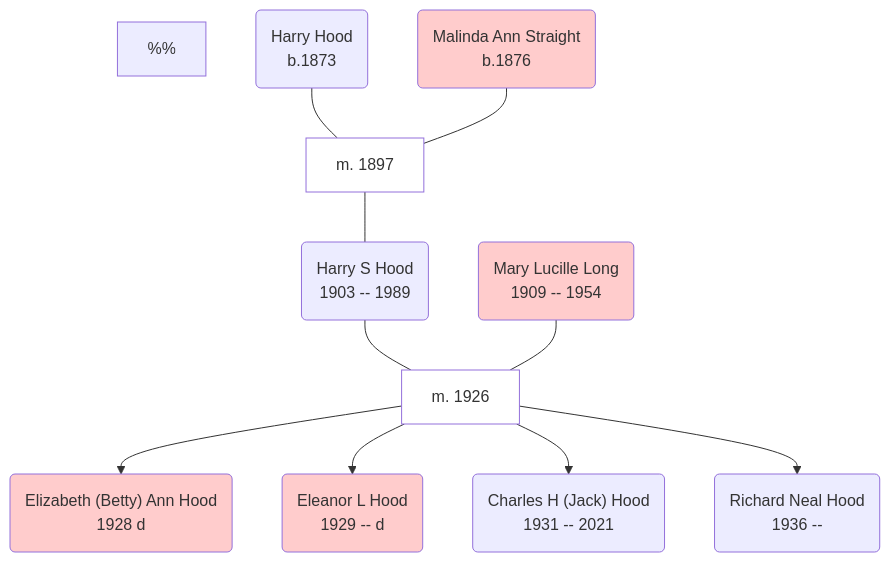
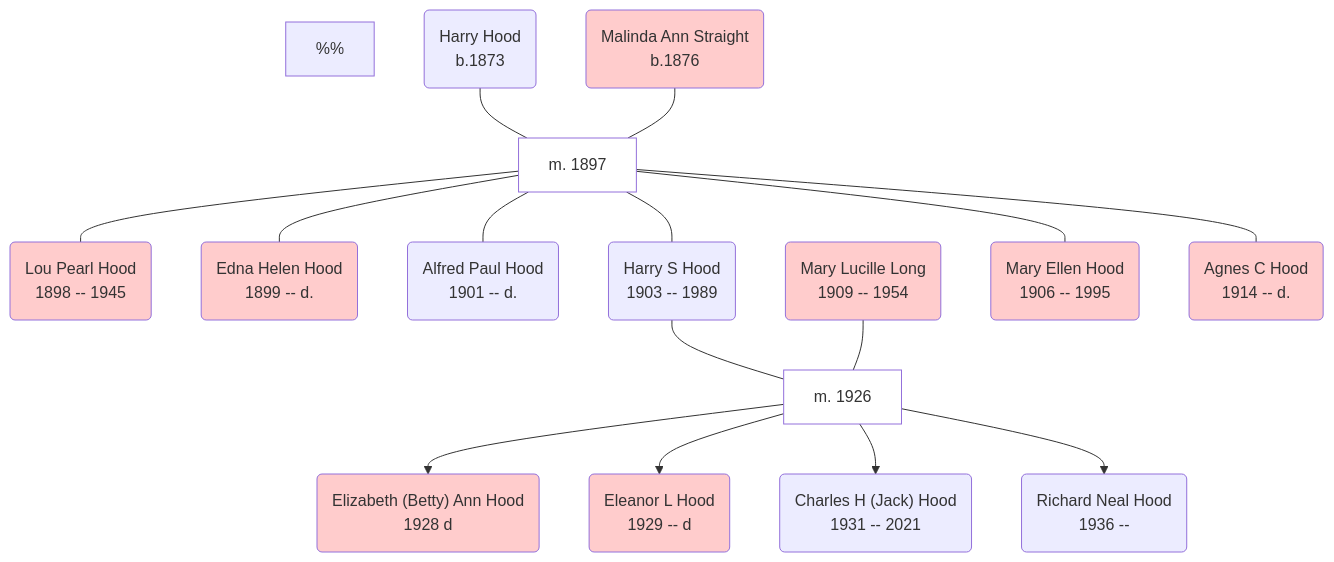
One commit to NixImagery/family changed the diagram in source/Hood/2020-04-03-Harry-S-Hood.md. Above: the diagram before and after it, drawn with Mermaid. The commit also changed other lines of this file, not shown here.

````diff
--- a/source/Hood/2020-04-03-Harry-S-Hood.md
+++ b/source/Hood/2020-04-03-Harry-S-Hood.md
@@ -35,36 +35,41 @@
 ``` mermaid
 flowchart TD
   classDef female fill:#fcc
   classDef gentie fill:#fff
   %%
   HH(Harry Hood <br>b.1873) --- HHMAS[m. 1897]:::gentie
   MAS(Malinda Ann Straight <br>b.1876):::female --- HHMAS
+  HHMAS --- LPH(Lou Pearl Hood<br>1898 -- 1945):::female
+  HHMAS --- EHH(Edna Helen Hood<br>1899 -- d.):::female
+  HHMAS --- APH(Alfred Paul Hood<br>1901 -- d.)
   HHMAS --- HSH(Harry S Hood<br>1903 -- 1989) --- HSHMLL["m. 1926"]:::gentie
   %%
   MLL(Mary Lucille Long<br>1909 -- 1954):::female --- HSHMLL
   %%
+  HHMAS --- MEH(Mary Ellen Hood<br>1906 -- 1995):::female
+  HHMAS --- ACH(Agnes C Hood<br>1914 -- d.):::female
   HSHMLL --> EAH("Elizabeth (Betty) Ann Hood" <br>1928 d):::female
   %%
 %%  LW(Lyle Webb<br>d) --- ELHLW[" "]:::gentie
   HSHMLL --> ELH(Eleanor L Hood <br>1929 -- d):::female 
 %%  ELH --- ELHLW
 %%  ELHLW --> Debbie[Debbie]:::female
 %%  ELHLW --> Mark[Mark]
 %%  ELHLW --> Linda[Linda]:::female
   %%
   HSHMLL --> CHH("Charles H (Jack) Hood" <br>1931 -- 2021) 
 %%  CHH --- CHHVEN[" "]:::gentie
 %%  VEN(Virginia Elaine Northcut <br>1935 -- 2015):::female --- CHHVEN
 %%  CHHVEN --> Luci(Luci):::female
 %%  CHHVEN --> Greg(Greg)
 %%  CHHVEN --> Lauri(Lauri):::female
   %%
   HSHMLL --> Ric(Richard Neal Hood <br>1936 -- )
 %%  Audrey(Audrey Bourne<br>1930 -- 2019):::female --- RicAud
 %%  Ric --- RicAud[" "]:::gentie
 %%  RicAud --- Nick[Nick]
 %%  Ric --- RicMar[" "]:::gentie
 %%  Marion(Marion<br>d.):::female --- RicMar
 %%  RicMar --- Richie(Richie)
 %%  RicMar --- Kathie(Kathie)
 ```
````
